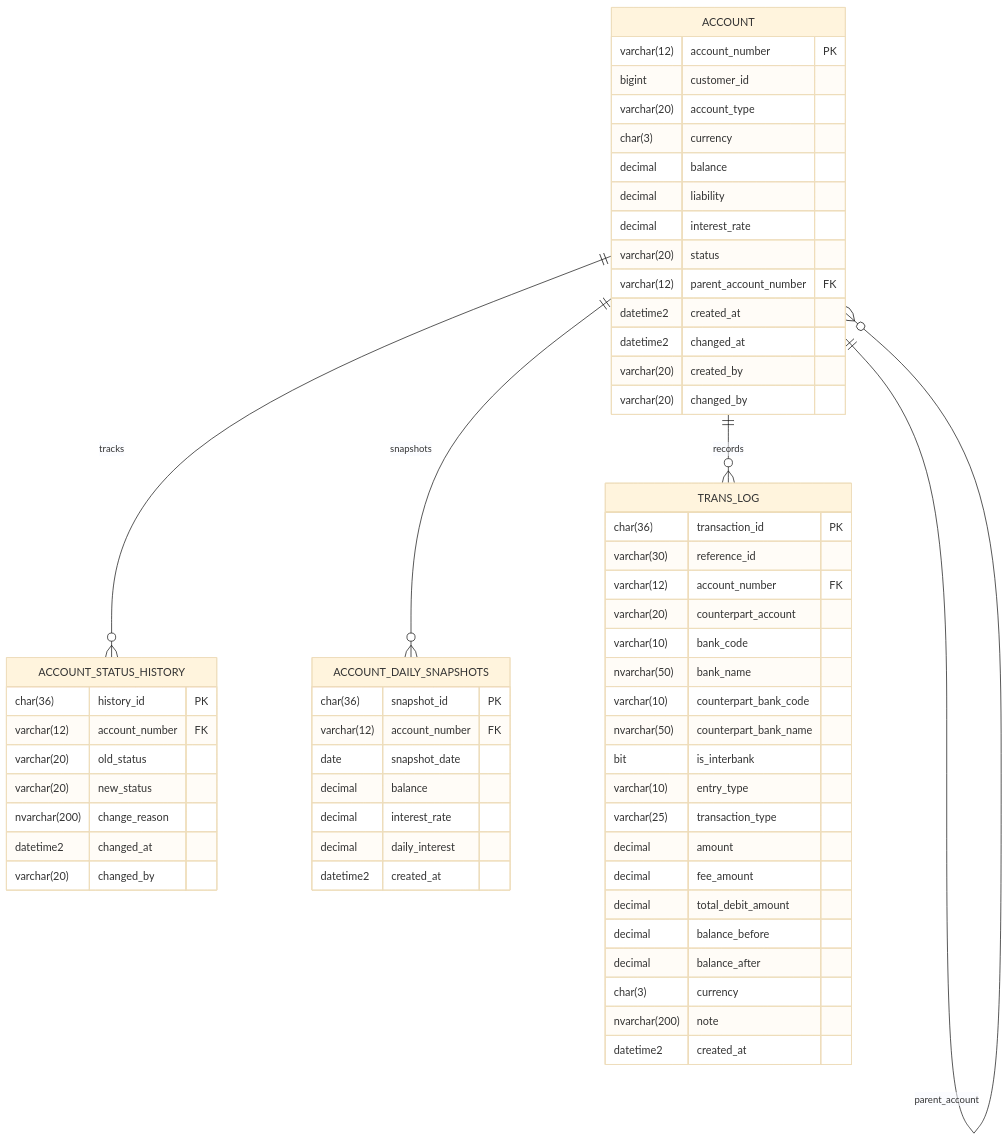
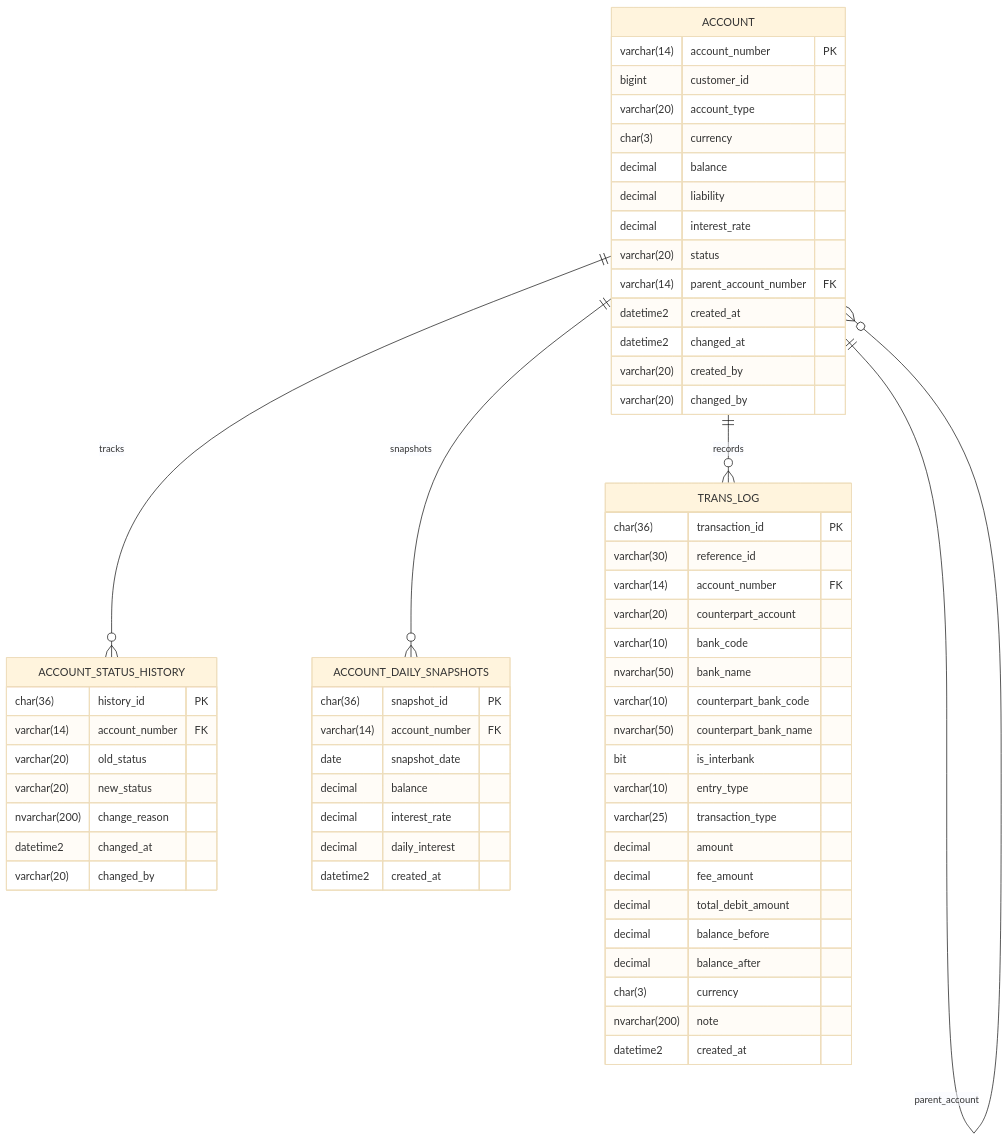
One commit to han369k/fuku-bnak changed diagram 17 of 20 in src/main/java/com/javaeasybank/account/doc/DeveloperDoc.md. Above: the diagram before and after it, drawn with Mermaid (base theme). The commit also changed other lines of this file and 33 other files, not shown here.

````diff
--- a/src/main/java/com/javaeasybank/account/doc/DeveloperDoc.md
+++ b/src/main/java/com/javaeasybank/account/doc/DeveloperDoc.md
@@ -1706,65 +1729,65 @@
 ```mermaid
 erDiagram
     ACCOUNT ||--o{ ACCOUNT_STATUS_HISTORY : tracks
     ACCOUNT ||--o{ ACCOUNT_DAILY_SNAPSHOTS : snapshots
     ACCOUNT ||--o{ TRANS_LOG : records
     ACCOUNT ||--o{ ACCOUNT : "parent_account"
 
     ACCOUNT {
-        varchar(12) account_number PK
+        varchar(14) account_number PK
         bigint customer_id
         varchar(20) account_type
         char(3) currency
         decimal balance
         decimal liability
         decimal interest_rate
         varchar(20) status
-        varchar(12) parent_account_number FK
+        varchar(14) parent_account_number FK
         datetime2 created_at
         datetime2 changed_at
         varchar(20) created_by
         varchar(20) changed_by
     }
 
     ACCOUNT_STATUS_HISTORY {
         char(36) history_id PK
-        varchar(12) account_number FK
+        varchar(14) account_number FK
         varchar(20) old_status
         varchar(20) new_status
         nvarchar(200) change_reason
         datetime2 changed_at
         varchar(20) changed_by
     }
 
     ACCOUNT_DAILY_SNAPSHOTS {
         char(36) snapshot_id PK
-        varchar(12) account_number FK
+        varchar(14) account_number FK
         date snapshot_date
         decimal balance
         decimal interest_rate
         decimal daily_interest
         datetime2 created_at
     }
 
     TRANS_LOG {
         char(36) transaction_id PK
         varchar(30) reference_id
-        varchar(12) account_number FK
+        varchar(14) account_number FK
         varchar(20) counterpart_account
         varchar(10) bank_code
         nvarchar(50) bank_name
         varchar(10) counterpart_bank_code
         nvarchar(50) counterpart_bank_name
         bit is_interbank
         varchar(10) entry_type
         varchar(25) transaction_type
         decimal amount
         decimal fee_amount
         decimal total_debit_amount
         decimal balance_before
         decimal balance_after
         char(3) currency
         nvarchar(200) note
         datetime2 created_at
     }
 ```
````
